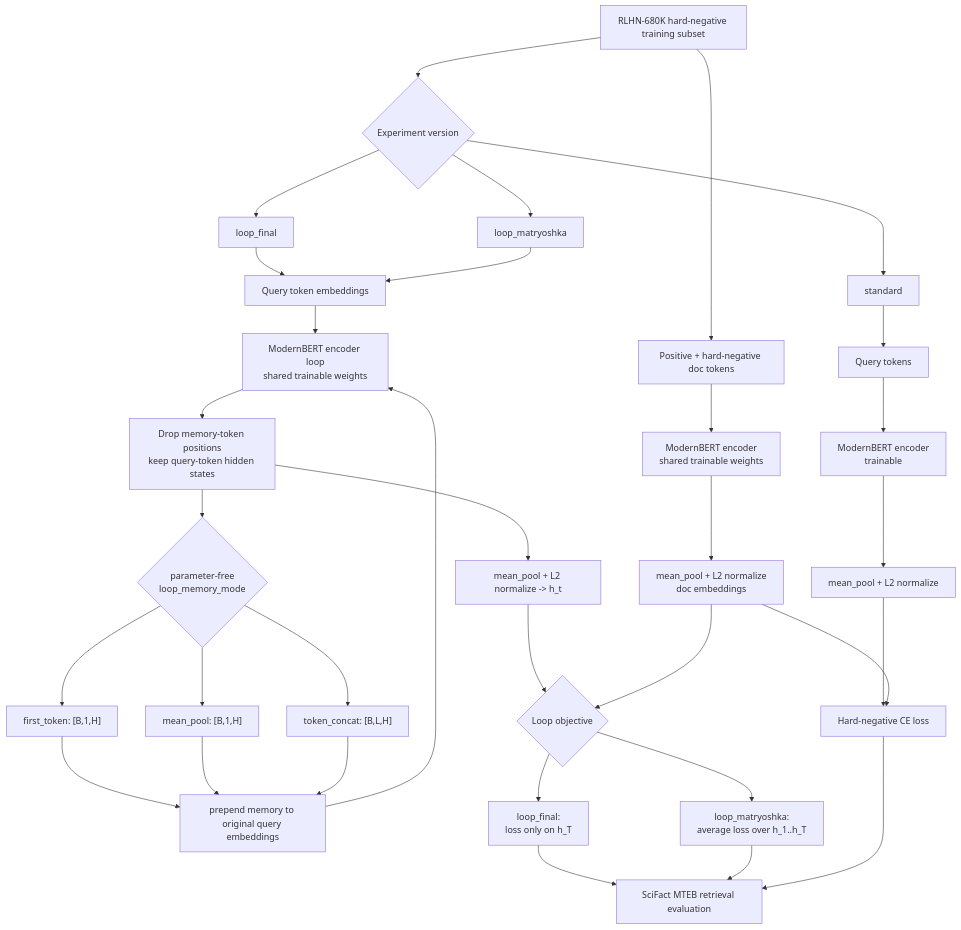
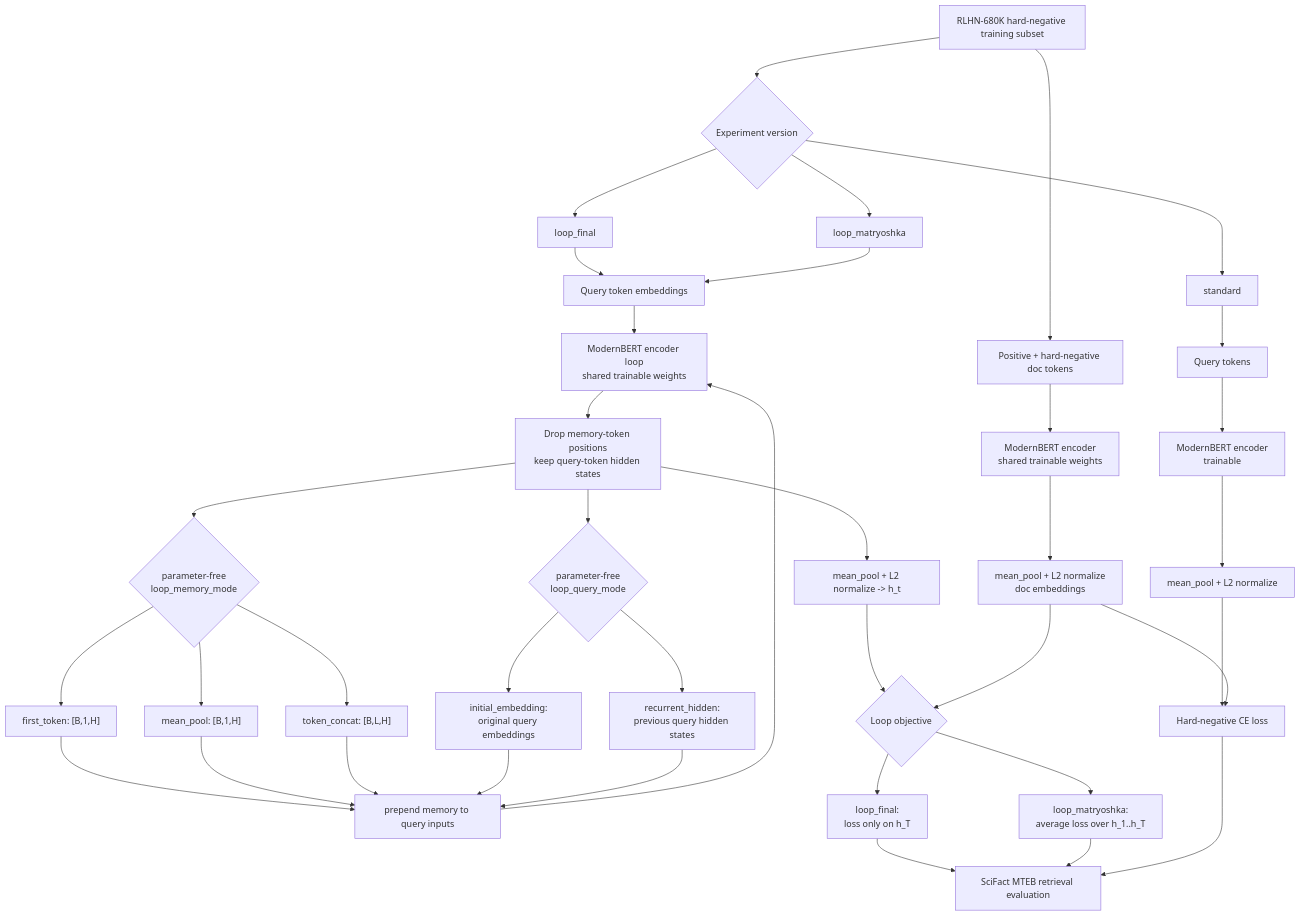
The diagram in README.md (Ziqi-Gao/Information-Retrieval), drawn with Mermaid before and after one commit. The commit also changed other lines of this file and 14 other files, not shown here.

````diff
--- a/README.md
+++ b/README.md
@@ -29,41 +30,46 @@
 ```mermaid
 flowchart TD
     TrainData["RLHN-680K hard-negative training subset"] --> Versions{"Experiment version"}
 
     Versions --> Standard["standard"]
     Versions --> LoopFinal["loop_final"]
     Versions --> LoopMat["loop_matryoshka"]
 
     TrainData --> Docs["Positive + hard-negative doc tokens"]
     Docs --> DocEncoder["ModernBERT encoder<br/>shared trainable weights"]
     DocEncoder --> DocPool["mean_pool + L2 normalize<br/>doc embeddings"]
 
     Standard --> StdQuery["Query tokens"]
     StdQuery --> StdEncoder["ModernBERT encoder<br/>trainable"]
     StdEncoder --> StdPool["mean_pool + L2 normalize"]
     StdPool --> StdLoss["Hard-negative CE loss"]
     DocPool --> StdLoss
 
     LoopFinal --> LoopInput["Query token embeddings"]
     LoopMat --> LoopInput
     LoopInput --> LoopEncoder["ModernBERT encoder loop<br/>shared trainable weights"]
     LoopEncoder --> QueryOnly["Drop memory-token positions<br/>keep query-token hidden states"]
     QueryOnly --> LoopPool["mean_pool + L2 normalize -> h_t"]
     QueryOnly --> MemoryMode{"parameter-free<br/>loop_memory_mode"}
+    QueryOnly --> QueryMode{"parameter-free<br/>loop_query_mode"}
     MemoryMode --> FirstToken["first_token: [B,1,H]"]
     MemoryMode --> MeanPool["mean_pool: [B,1,H]"]
     MemoryMode --> TokenConcat["token_concat: [B,L,H]"]
-    FirstToken --> NextLoop["prepend memory to original query embeddings"]
+    QueryMode --> InitialQuery["initial_embedding:<br/>original query embeddings"]
+    QueryMode --> RecurrentQuery["recurrent_hidden:<br/>previous query hidden states"]
+    FirstToken --> NextLoop["prepend memory to query inputs"]
     MeanPool --> NextLoop
     TokenConcat --> NextLoop
+    InitialQuery --> NextLoop
+    RecurrentQuery --> NextLoop
     NextLoop --> LoopEncoder
 
     LoopPool --> LoopLoss{"Loop objective"}
     LoopLoss --> FinalOnly["loop_final:<br/>loss only on h_T"]
     LoopLoss --> EveryLoop["loop_matryoshka:<br/>average loss over h_1..h_T"]
     DocPool --> LoopLoss
 
     FinalOnly --> Eval["SciFact MTEB retrieval evaluation"]
     EveryLoop --> Eval
     StdLoss --> Eval
 ```
````
